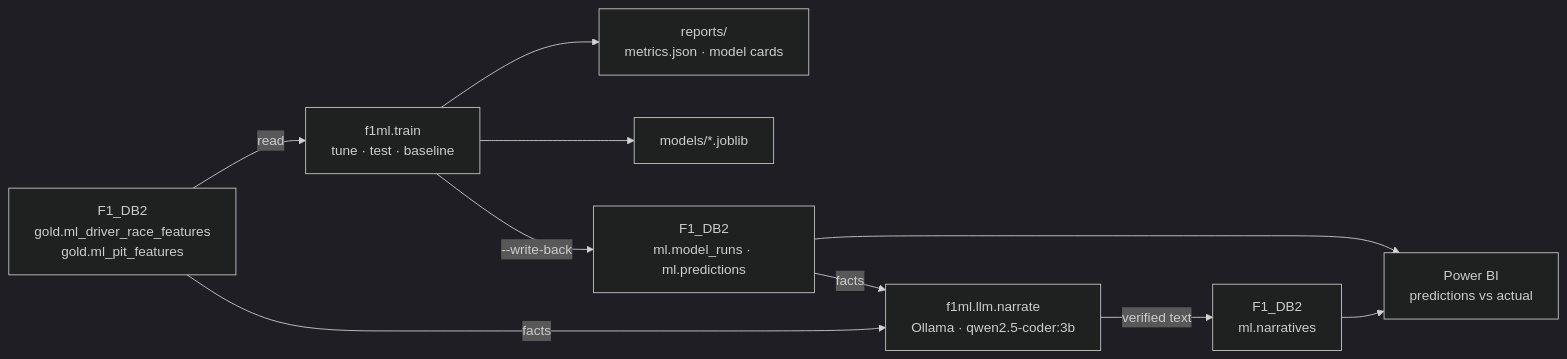
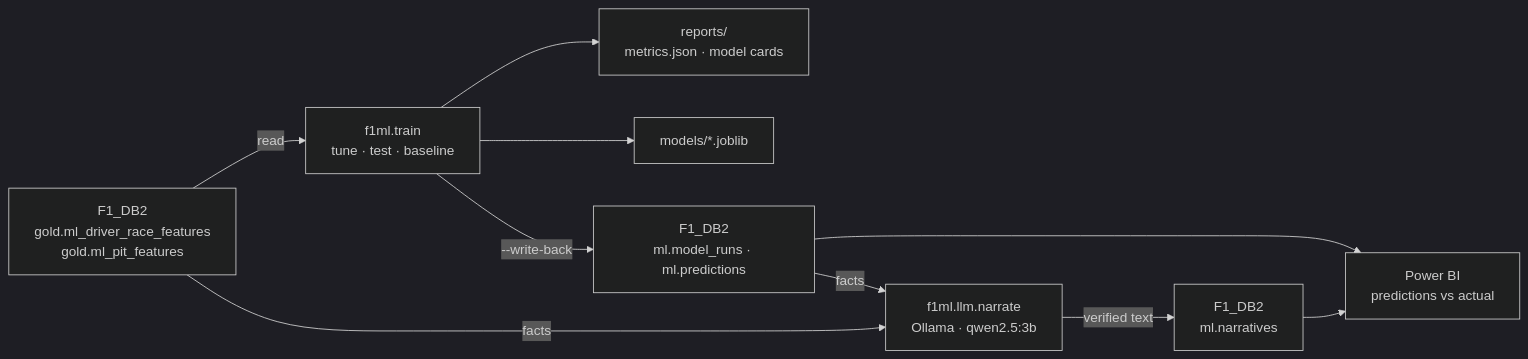
The diagram in README.md (Sahil-Patel180/f1-analytics-ml), drawn with Mermaid (dark theme) before and after one commit. The commit also changed other lines of this file, not shown here.

````diff
--- a/README.md
+++ b/README.md
@@ -5,12 +5,12 @@
 ```mermaid
 flowchart LR
     G["F1_DB2<br/>gold.ml_driver_race_features<br/>gold.ml_pit_features"] -->|read| T["f1ml.train<br/>tune · test · baseline"]
     T --> R["reports/<br/>metrics.json · model cards"]
     T --> M["models/*.joblib"]
     T -->|--write-back| W["F1_DB2<br/>ml.model_runs · ml.predictions"]
     W --> PBI["Power BI<br/>predictions vs actual"]
-    G -->|facts| L["f1ml.llm.narrate<br/>Ollama · qwen2.5-coder:3b"]
+    G -->|facts| L["f1ml.llm.narrate<br/>Ollama · qwen2.5:3b"]
     W -->|facts| L
     L -->|verified text| N["F1_DB2<br/>ml.narratives"]
     N --> PBI
 ```
````
